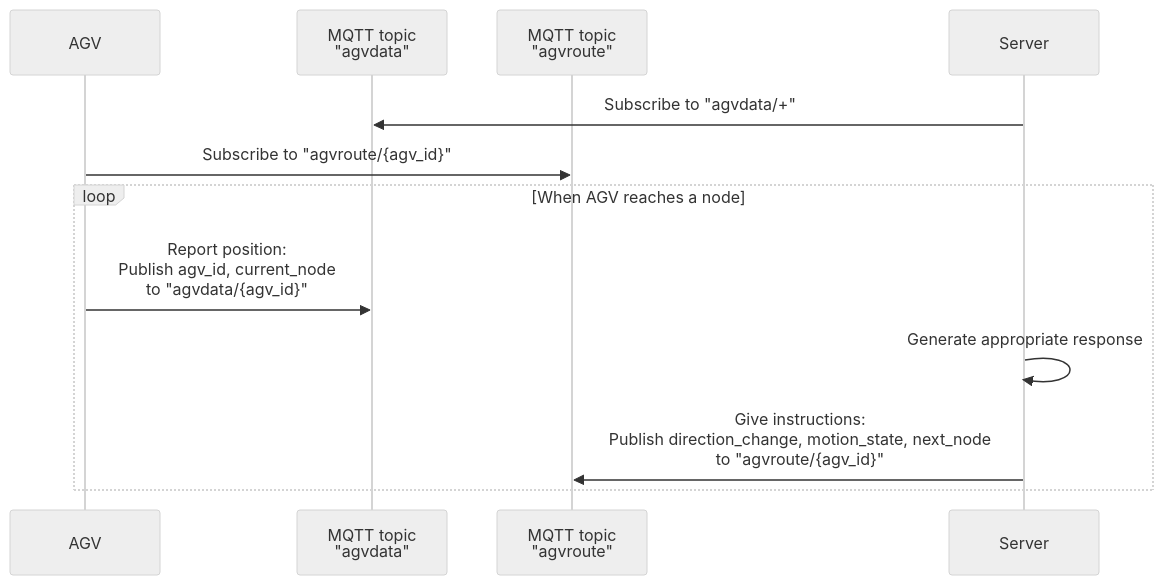
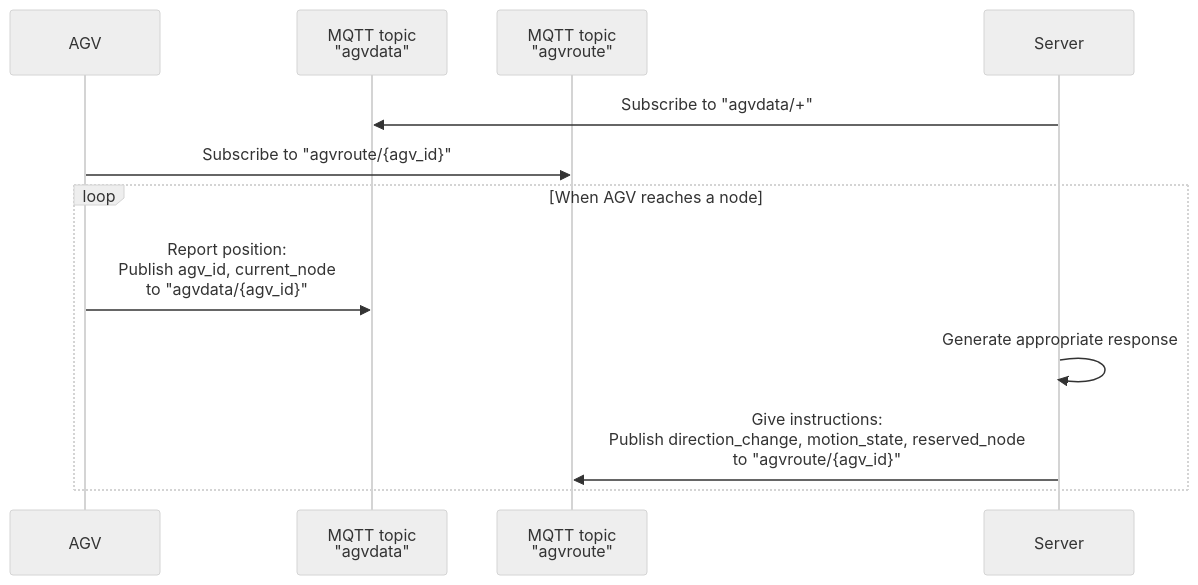
Before and after one commit to sondhg/agv-fullstack: the diagram in docs/agv-server-mqtt.md, drawn with Mermaid (neutral theme). The commit also changed 2 other files, not shown here.

Commit message:
refactor: improve CRC verification logic and add binary display for raw MQTT messages

````diff
--- a/docs/agv-server-mqtt.md
+++ b/docs/agv-server-mqtt.md
@@ -1,16 +1,16 @@
 ```mermaid
 sequenceDiagram
     participant agv as AGV
     participant agvdata as MQTT topic<br/>"agvdata"
     participant agvroute as MQTT topic<br/>"agvroute"
     participant server as Server
 
     server->>agvdata: Subscribe to "agvdata/+"
     agv->>agvroute: Subscribe to "agvroute/{agv_id}"
 
     loop When AGV reaches a node
         agv->>agvdata: Report position:<br/>Publish agv_id, current_node<br/>to "agvdata/{agv_id}"
         server->>server: Generate appropriate response
-        server->>agvroute: Give instructions:<br/>Publish direction_change, motion_state, next_node<br/>to "agvroute/{agv_id}"
+        server->>agvroute: Give instructions:<br/>Publish direction_change, motion_state, reserved_node<br/>to "agvroute/{agv_id}"
     end
 ```
````
